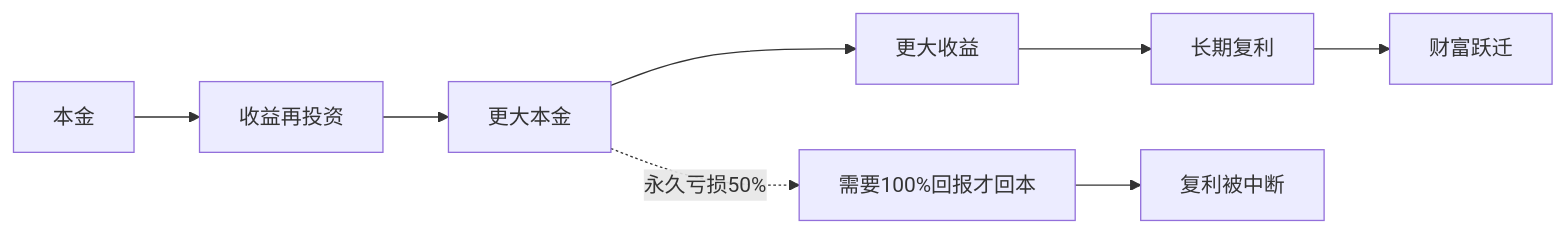
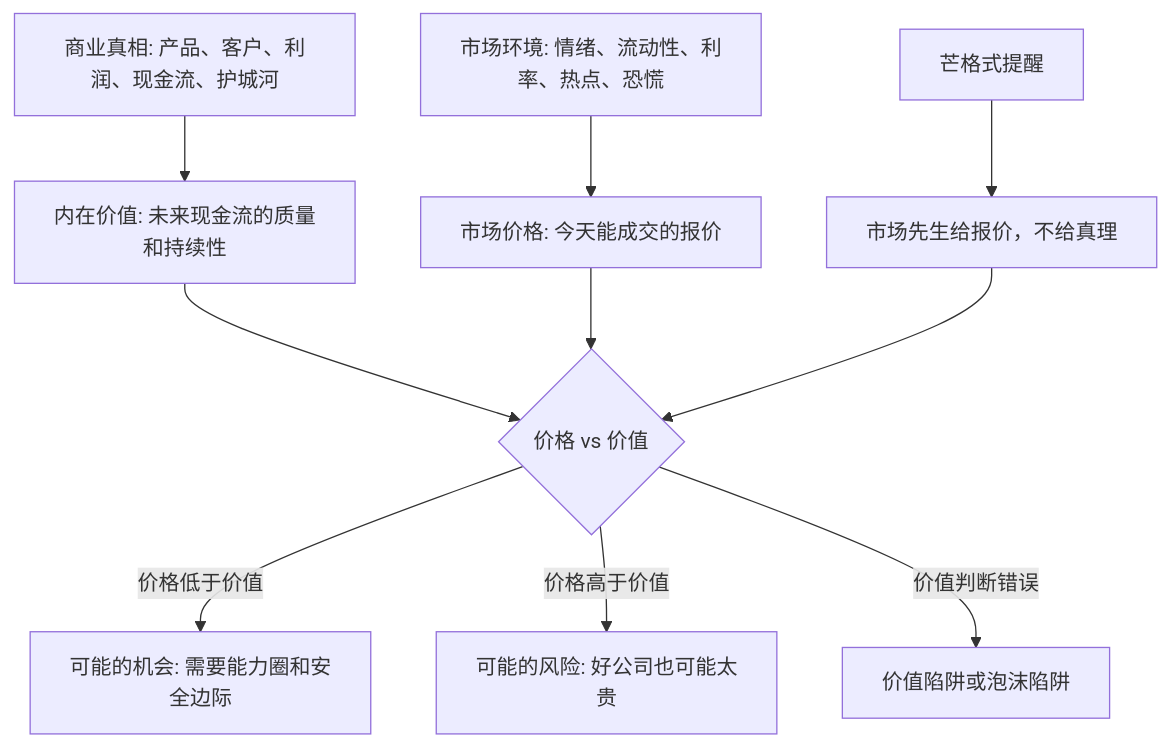
One commit to digoal/blog changed the diagram in 202605/20260519_25.md. Above: the diagram before and after it, drawn with Mermaid. The commit also changed other lines of this file and 51 other files, not shown here.

````diff
--- a/202605/20260519_25.md
+++ b/202605/20260519_25.md
@@ -22,10 +22,12 @@
 ```mermaid
-flowchart LR
-  A["本金"] --> B["收益再投资"]
-  B --> C["更大本金"]
-  C --> D["更大收益"]
-  D --> E["长期复利"]
-  E --> F["财富跃迁"]
-  C -. "永久亏损50%" .-> G["需要100%回报才回本"]
-  G --> H["复利被中断"]
+flowchart TD
+  A["商业真相: 产品、客户、利润、现金流、护城河"] --> B["内在价值: 未来现金流的质量和持续性"]
+  C["市场环境: 情绪、流动性、利率、热点、恐慌"] --> D["市场价格: 今天能成交的报价"]
+  B --> E{"价格 vs 价值"}
+  D --> E
+  E -- "价格低于价值" --> F["可能的机会: 需要能力圈和安全边际"]
+  E -- "价格高于价值" --> G["可能的风险: 好公司也可能太贵"]
+  E -- "价值判断错误" --> H["价值陷阱或泡沫陷阱"]
+  I["芒格式提醒"] --> J["市场先生给报价，不给真理"]
+  J --> E
 ```
````
